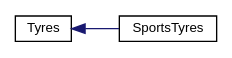
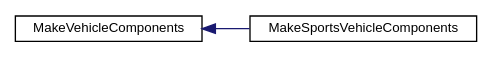
Before and after one commit to JamesBMiddleton/DesignPatterns: the diagram in inherit_graph_2.dot, drawn with Graphviz. The commit also changed 42 other files, not shown here.

```diff
--- a/inherit_graph_2.dot
+++ b/inherit_graph_2.dot
@@ -1,10 +1,10 @@
 digraph "Graphical Class Hierarchy"
 {
  // LATEX_PDF_SIZE
   edge [fontname="Helvetica",fontsize="10",labelfontname="Helvetica",labelfontsize="10"];
   node [fontname="Helvetica",fontsize="10",shape=record];
   rankdir="LR";
-  Node0 [label="Tyres",height=0.2,width=0.4,color="black", fillcolor="white", style="filled",URL="$classTyres.html",tooltip=" "];
+  Node0 [label="MakeVehicleComponents",height=0.2,width=0.4,color="black", fillcolor="white", style="filled",URL="$structMakeVehicleComponents.html",tooltip=" "];
   Node0 -> Node1 [dir="back",color="midnightblue",fontsize="10",style="solid",fontname="Helvetica"];
-  Node1 [label="SportsTyres",height=0.2,width=0.4,color="black", fillcolor="white", style="filled",URL="$classSportsTyres.html",tooltip=" "];
+  Node1 [label="MakeSportsVehicleComponents",height=0.2,width=0.4,color="black", fillcolor="white", style="filled",URL="$structMakeSportsVehicleComponents.html",tooltip=" "];
 }
```
